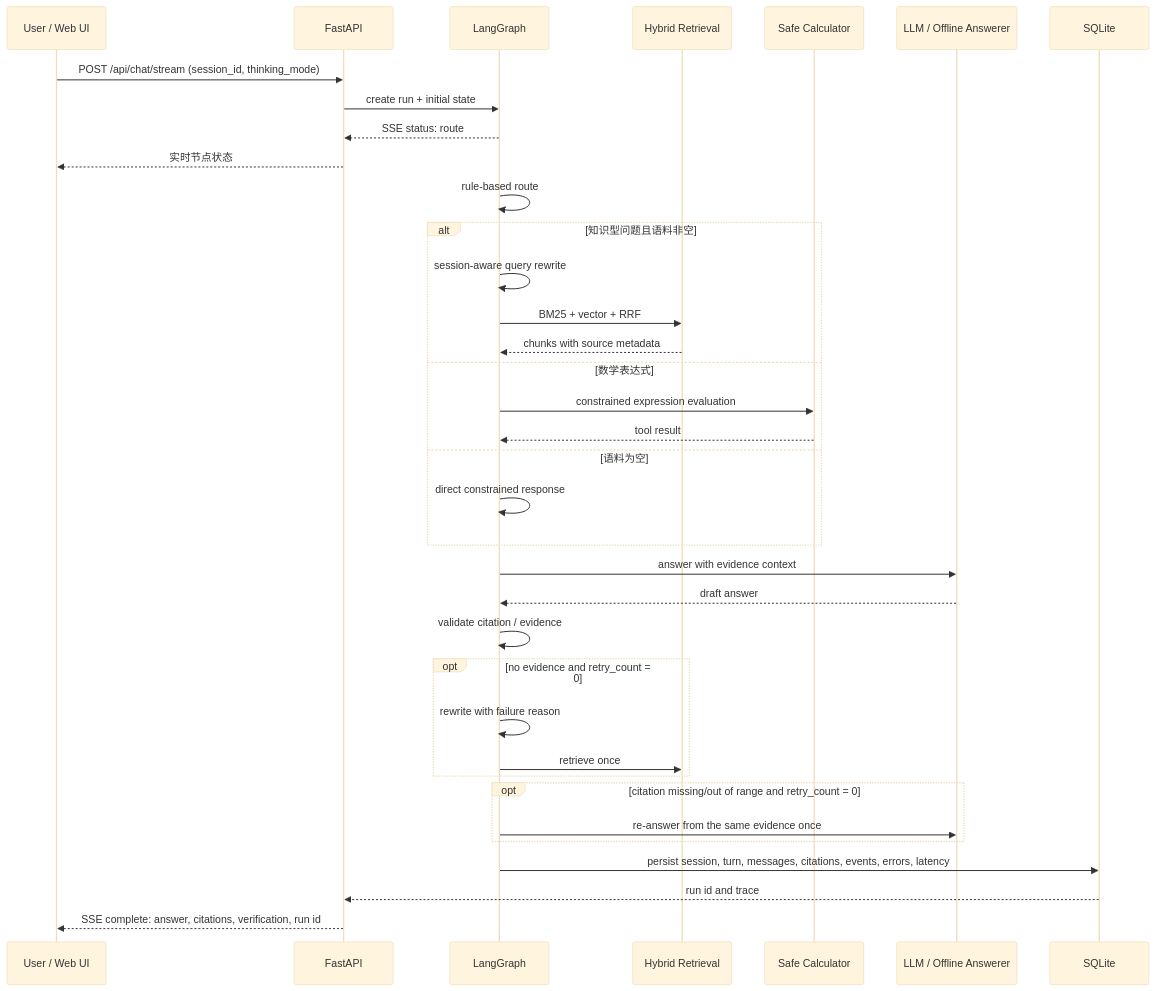
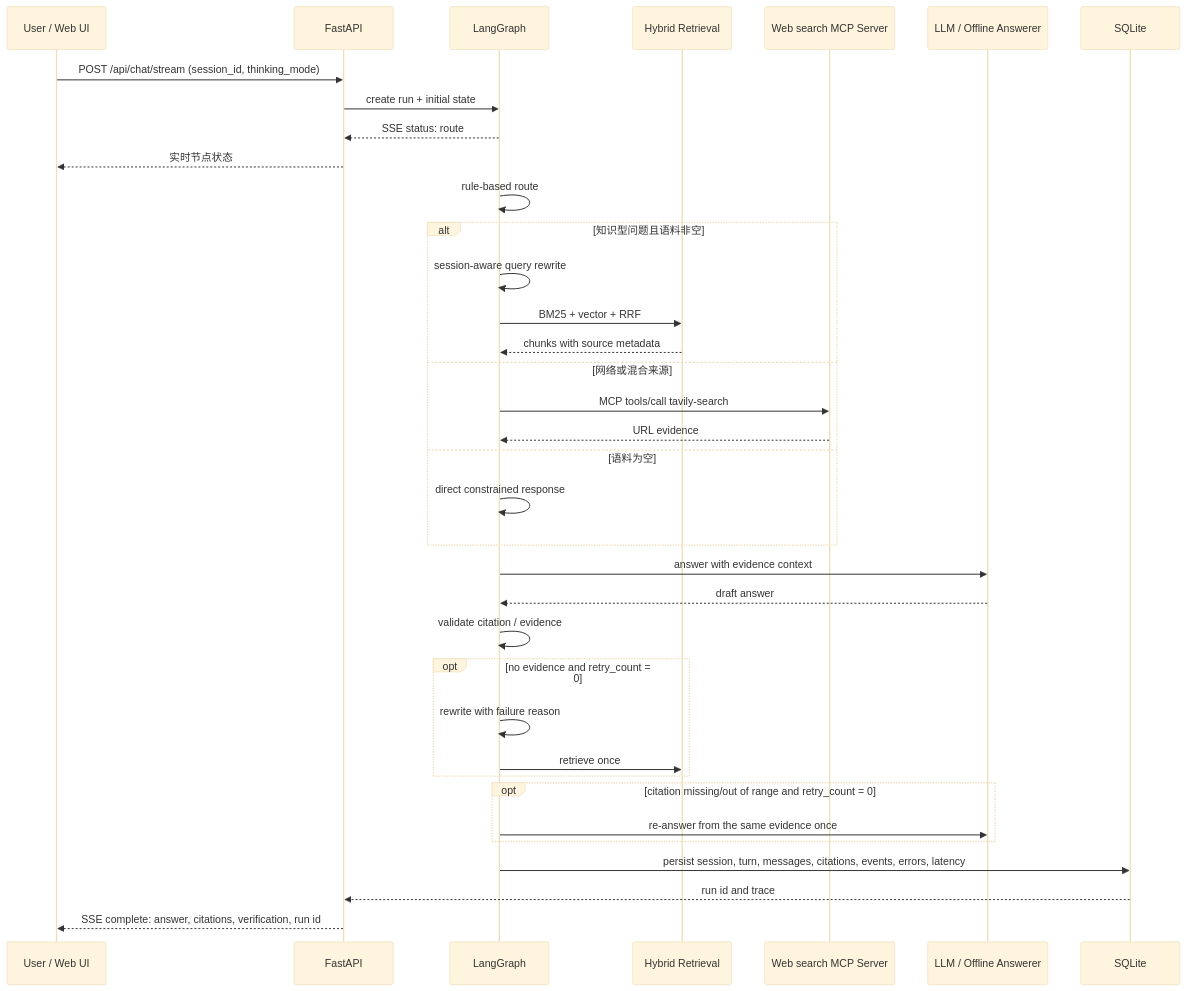
The first of 2 diagrams in docs/architecture-and-decisions.md (francis3253161180-maker/researchflow-agent), drawn with Mermaid (base theme) before and after one commit. The commit also changed other lines of this file and 27 other files, not shown here.

Commit message:
feat: add faiss retrieval and mcp web search

````diff
--- a/docs/architecture-and-decisions.md
+++ b/docs/architecture-and-decisions.md
@@ -29,39 +30,39 @@
 ```mermaid
 sequenceDiagram
     participant U as User / Web UI
     participant A as FastAPI
     participant G as LangGraph
     participant R as Hybrid Retrieval
-    participant T as Safe Calculator
+    participant W as Web search MCP Server
     participant L as LLM / Offline Answerer
     participant D as SQLite
 
     U->>A: POST /api/chat/stream (session_id, thinking_mode)
     A->>G: create run + initial state
     G-->>A: SSE status: route
     A-->>U: 实时节点状态
     G->>G: rule-based route
     alt 知识型问题且语料非空
         G->>G: session-aware query rewrite
         G->>R: BM25 + vector + RRF
         R-->>G: chunks with source metadata
-    else 数学表达式
-        G->>T: constrained expression evaluation
-        T-->>G: tool result
+    else 网络或混合来源
+        G->>W: MCP tools/call tavily-search
+        W-->>G: URL evidence
     else 语料为空
         G->>G: direct constrained response
     end
     G->>L: answer with evidence context
     L-->>G: draft answer
     G->>G: validate citation / evidence
     opt no evidence and retry_count = 0
         G->>G: rewrite with failure reason
         G->>R: retrieve once
     end
     opt citation missing/out of range and retry_count = 0
         G->>L: re-answer from the same evidence once
     end
     G->>D: persist session, turn, messages, citations, events, errors, latency
     D-->>A: run id and trace
     A-->>U: SSE complete: answer, citations, verification, run id
 ```
````
